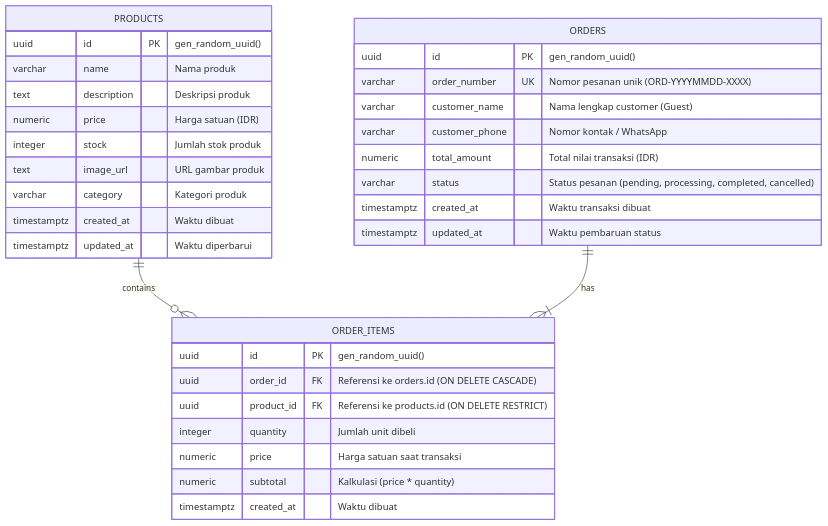
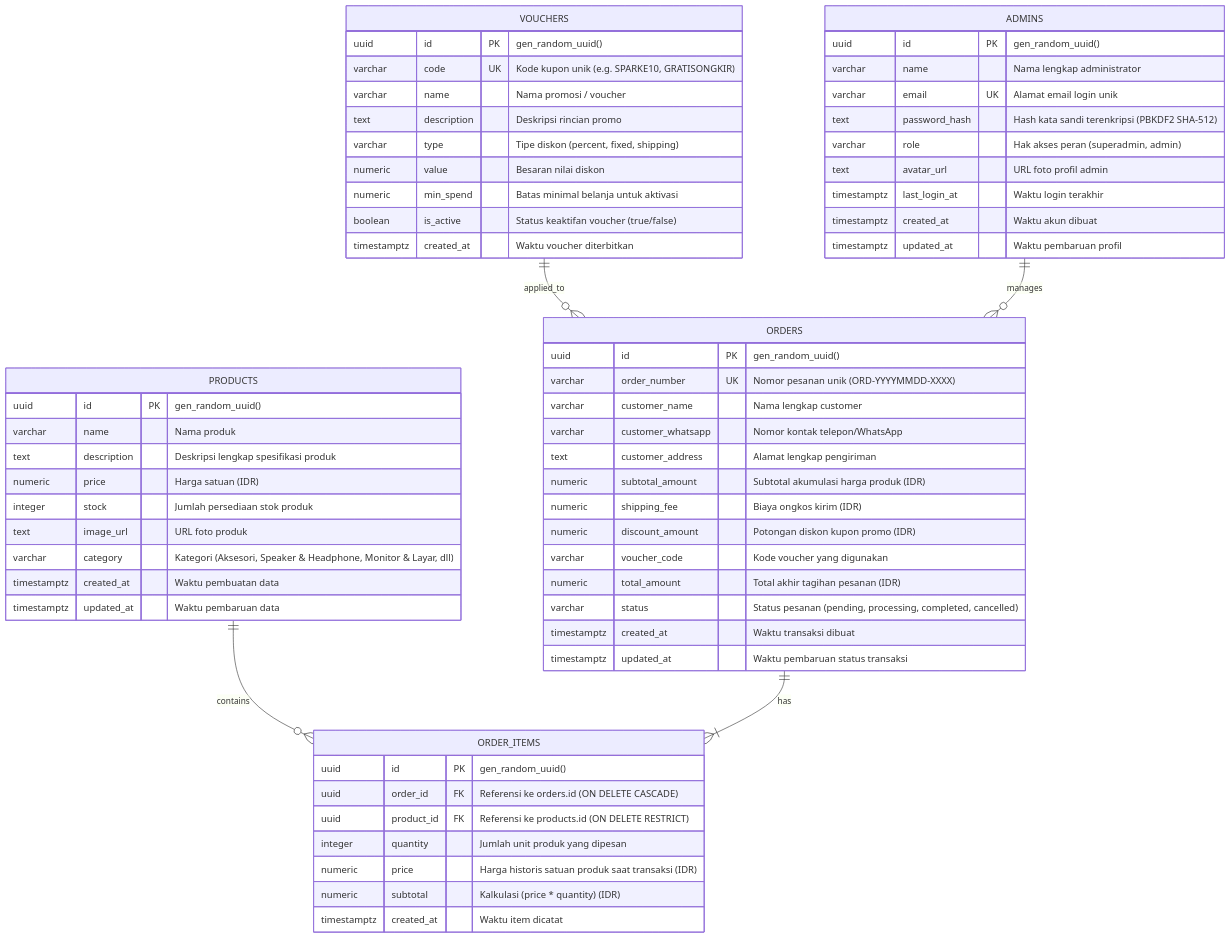
The diagram in docs/ERD.md (kajeeoubi/tes-awm), drawn with Mermaid before and after one commit. The commit also changed other lines of this file and 36 other files, not shown here.

````diff
--- a/docs/ERD.md
+++ b/docs/ERD.md
@@ -11,38 +11,69 @@
 ```mermaid
 erDiagram
     PRODUCTS ||--o{ ORDER_ITEMS : "contains"
     ORDERS ||--|{ ORDER_ITEMS : "has"
+    VOUCHERS ||--o{ ORDERS : "applied_to"
+    ADMINS ||--o{ ORDERS : "manages"
 
     PRODUCTS {
         uuid id PK "gen_random_uuid()"
         varchar name "Nama produk"
-        text description "Deskripsi produk"
+        text description "Deskripsi lengkap spesifikasi produk"
         numeric price "Harga satuan (IDR)"
-        integer stock "Jumlah stok produk"
-        text image_url "URL gambar produk"
-        varchar category "Kategori produk"
-        timestamptz created_at "Waktu dibuat"
-        timestamptz updated_at "Waktu diperbarui"
+        integer stock "Jumlah persediaan stok produk"
+        text image_url "URL foto produk"
+        varchar category "Kategori (Aksesori, Speaker & Headphone, Monitor & Layar, dll)"
+        timestamptz created_at "Waktu pembuatan data"
+        timestamptz updated_at "Waktu pembaruan data"
+    }
+
+    VOUCHERS {
+        uuid id PK "gen_random_uuid()"
+        varchar code UK "Kode kupon unik (e.g. SPARKE10, GRATISONGKIR)"
+        varchar name "Nama promosi / voucher"
+        text description "Deskripsi rincian promo"
+        varchar type "Tipe diskon (percent, fixed, shipping)"
+        numeric value "Besaran nilai diskon"
+        numeric min_spend "Batas minimal belanja untuk aktivasi"
+        boolean is_active "Status keaktifan voucher (true/false)"
+        timestamptz created_at "Waktu voucher diterbitkan"
     }
 
     ORDERS {
         uuid id PK "gen_random_uuid()"
         varchar order_number UK "Nomor pesanan unik (ORD-YYYYMMDD-XXXX)"
-        varchar customer_name "Nama lengkap customer (Guest)"
-        varchar customer_phone "Nomor kontak / WhatsApp"
-        numeric total_amount "Total nilai transaksi (IDR)"
+        varchar customer_name "Nama lengkap customer"
+        varchar customer_whatsapp "Nomor kontak telepon/WhatsApp"
+        text customer_address "Alamat lengkap pengiriman"
+        numeric subtotal_amount "Subtotal akumulasi harga produk (IDR)"
+        numeric shipping_fee "Biaya ongkos kirim (IDR)"
+        numeric discount_amount "Potongan diskon kupon promo (IDR)"
+        varchar voucher_code "Kode voucher yang digunakan"
+        numeric total_amount "Total akhir tagihan pesanan (IDR)"
         varchar status "Status pesanan (pending, processing, completed, cancelled)"
         timestamptz created_at "Waktu transaksi dibuat"
-        timestamptz updated_at "Waktu pembaruan status"
+        timestamptz updated_at "Waktu pembaruan status transaksi"
     }
 
     ORDER_ITEMS {
         uuid id PK "gen_random_uuid()"
         uuid order_id FK "Referensi ke orders.id (ON DELETE CASCADE)"
         uuid product_id FK "Referensi ke products.id (ON DELETE RESTRICT)"
-        integer quantity "Jumlah unit dibeli"
-        numeric price "Harga satuan saat transaksi"
-        numeric subtotal "Kalkulasi (price * quantity)"
-        timestamptz created_at "Waktu dibuat"
+        integer quantity "Jumlah unit produk yang dipesan"
+        numeric price "Harga historis satuan produk saat transaksi (IDR)"
+        numeric subtotal "Kalkulasi (price * quantity) (IDR)"
+        timestamptz created_at "Waktu item dicatat"
+    }
+
+    ADMINS {
+        uuid id PK "gen_random_uuid()"
+        varchar name "Nama lengkap administrator"
+        varchar email UK "Alamat email login unik"
+        text password_hash "Hash kata sandi terenkripsi (PBKDF2 SHA-512)"
+        varchar role "Hak akses peran (superadmin, admin)"
+        text avatar_url "URL foto profil admin"
+        timestamptz last_login_at "Waktu login terakhir"
+        timestamptz created_at "Waktu akun dibuat"
+        timestamptz updated_at "Waktu pembaruan profil"
     }
 ```
````
